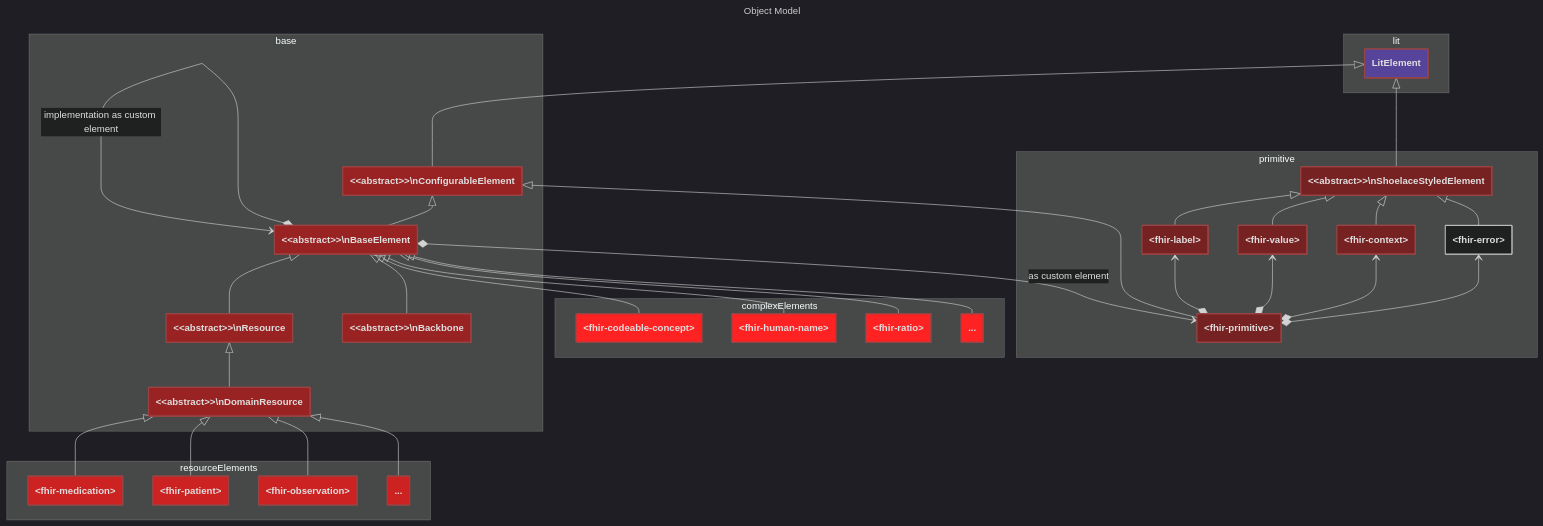
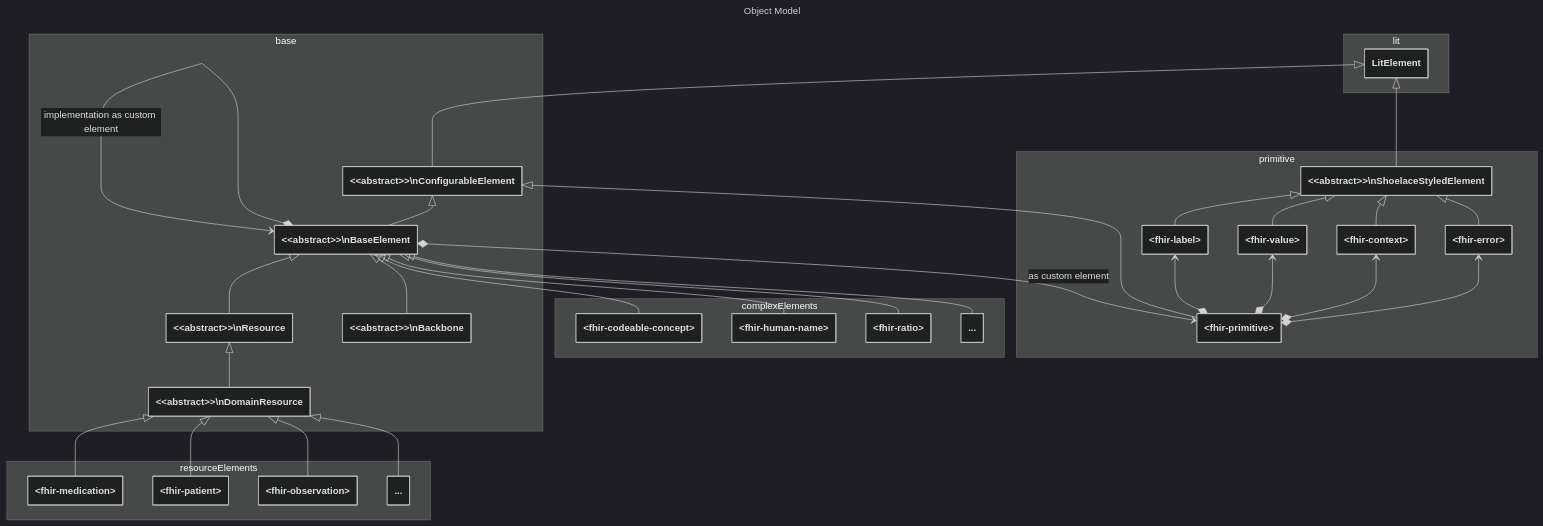
Before and after one commit to zenwork/fhir-beacon: the second of 2 diagrams in packages/library/docs/model.md, drawn with Mermaid. The commit also changed 1 other file, not shown here.

Commit message:
#14 Complete Observation
- improving docs

````diff
--- a/packages/library/docs/model.md
+++ b/packages/library/docs/model.md
@@ -58,80 +58,76 @@
 ```mermaid
 ---
 title: Object Model
 config:
   theme: dark
   class:
     hideEmptyMembersBox: true
 ---
 classDiagram
     direction BT
 
     namespace lit {
         class LitElement:::dep
     }
 
     namespace base {
         class ConfigurableElement["&lt;&lt;abstract&gt;&gt;\nConfigurableElement"]:::base
         class BaseElement["&lt;&lt;abstract&gt;&gt;\nBaseElement"]:::base
         class Resource["&lt;&lt;abstract&gt;&gt;\nResource"]:::base
         class DomainResource["&lt;&lt;abstract&gt;&gt;\nDomainResource"]:::base
         class Backbone["&lt;&lt;abstract&gt;&gt;\nBackbone"]:::base
     }
 
     namespace complexElements {
         class CodeableConcept["&lt;fhir-codeable-concept&gt;"]:::cmp
         class HumanName["&lt;fhir-human-name&gt;"]:::cmp
         class Ratio["&lt;fhir-ratio&gt;"]:::cmp
         class Etc2["..."]:::cmp
     }
 
     namespace resourceElements {
         class Patient["&lt;fhir-patient&gt;"]:::res
         class Observation["&lt;fhir-observation&gt;"]:::res
         class Medication["&lt;fhir-medication&gt;"]:::res
         class Etc["..."]:::res
     }
 
     namespace primitive {
         class Primitive["&lt;fhir-primitive&gt;"]:::prim
         class ShoelaceStyledElement["&lt;&lt;abstract&gt;&gt;\nShoelaceStyledElement"]:::prim
         class PrimitiveLabel["&lt;fhir-label&gt;"]:::prim
         class PrimitiveValue["&lt;fhir-value&gt;"]:::prim
         class PrimitiveContext["&lt;fhir-context&gt;"]:::prim
         class PrimitiveError["&lt;fhir-error&gt;"]:::pink
     }
 
     ConfigurableElement --|> LitElement
     BaseElement --|> ConfigurableElement
     Resource --|> BaseElement
     DomainResource --|> Resource
     Backbone --|> BaseElement
     Primitive --|> ConfigurableElement
     ShoelaceStyledElement --|> LitElement
     PrimitiveLabel --|> ShoelaceStyledElement
     PrimitiveValue --|> ShoelaceStyledElement
     PrimitiveContext --|> ShoelaceStyledElement
     PrimitiveError --|> ShoelaceStyledElement
     Primitive *--> PrimitiveLabel
     Primitive *--> PrimitiveValue
     Primitive *--> PrimitiveContext
     Primitive *--> PrimitiveError
     Primitive <--* BaseElement: as custom element
     BaseElement <--* BaseElement: implementation as custom element
     Medication --|> DomainResource
     Patient --|> DomainResource
     Observation --|> DomainResource
     Etc --|> DomainResource
     CodeableConcept --|> BaseElement
     HumanName --|> BaseElement
     Ratio --|> BaseElement
     Etc2 --|> BaseElement
 
-classDef base fill: #922, stroke:#944, stroke-width:2px;
-classDef prim fill: #722, stroke:#944, stroke-width:2px;
-classDef res fill: #c22,stroke:#944, stroke-width:2px;
-classDef cmp fill: #f22, stroke:#944, stroke-width:2px;
-classDef dep fill: #549, stroke:#944, stroke-width:2px;
+
 
 
 ```
````
